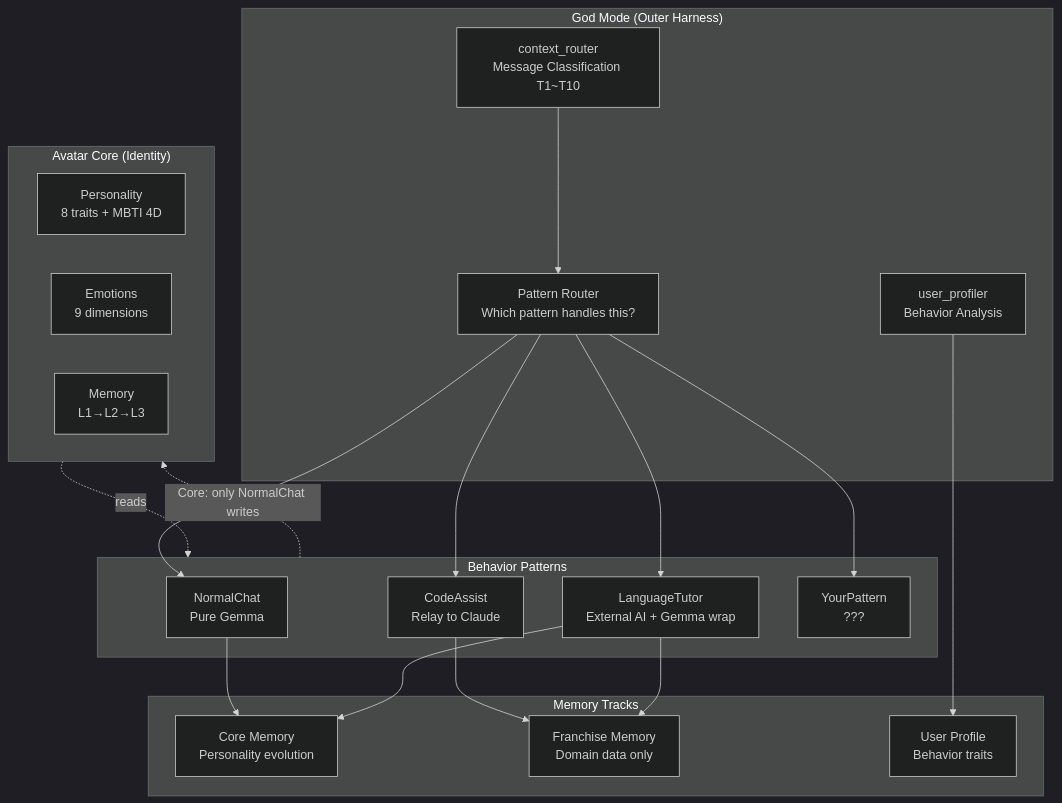
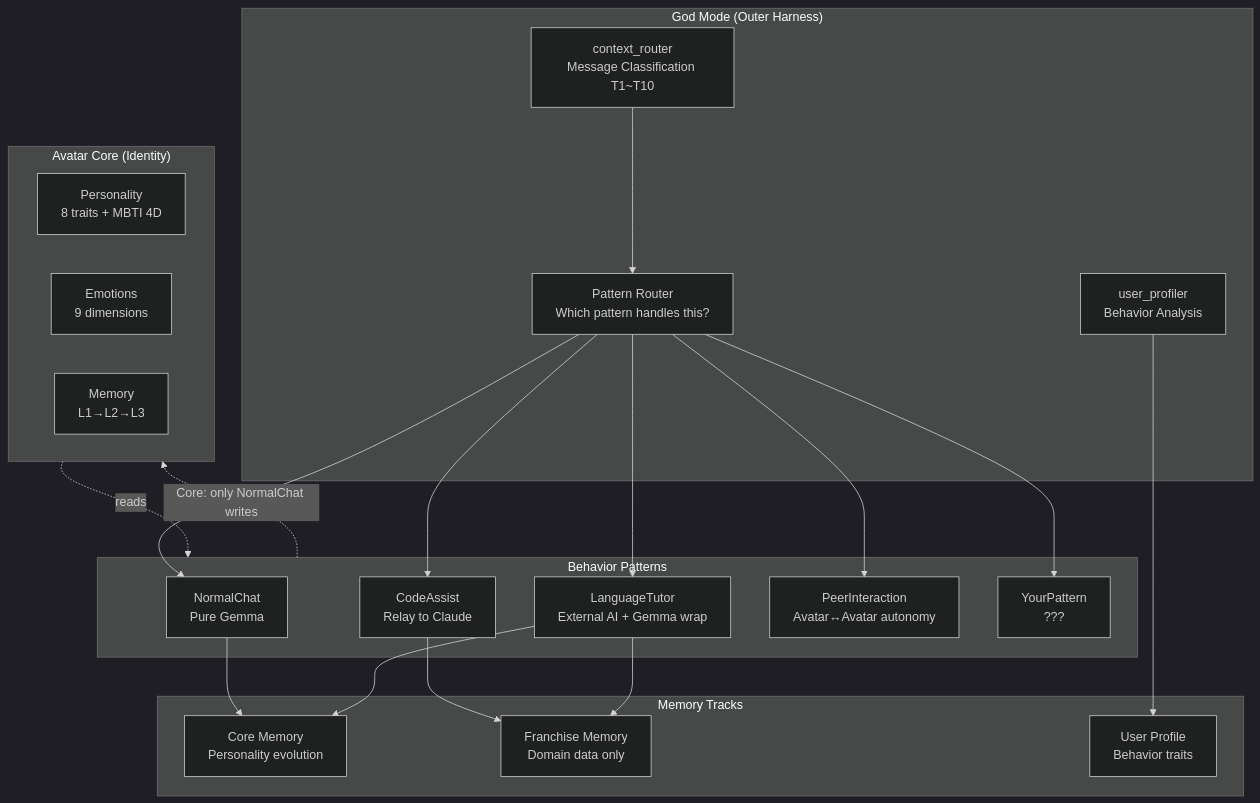
Before and after one commit to nskit-io/nvatar-sdk: the first of 2 diagrams in README.md, drawn with Mermaid (dark theme). The commit also changed other lines of this file, not shown here.

First line of the commit message:
docs: add PeerInteractionPattern + multilingual stability sections

````diff
--- a/README.md
+++ b/README.md
@@ -31,36 +31,37 @@
 ```mermaid
 graph TB
     subgraph GodMode["God Mode (Outer Harness)"]
         CR["context_router<br/>Message Classification T1~T10"]
         UP["user_profiler<br/>Behavior Analysis"]
         PR["Pattern Router<br/>Which pattern handles this?"]
     end
 
     subgraph Core["Avatar Core (Identity)"]
         P["Personality<br/>8 traits + MBTI 4D"]
         E["Emotions<br/>9 dimensions"]
         M["Memory<br/>L1→L2→L3"]
     end
 
     subgraph Patterns["Behavior Patterns"]
         NC["NormalChat<br/>Pure Gemma"]
         CA["CodeAssist<br/>Relay to Claude"]
         LT["LanguageTutor<br/>External AI + Gemma wrap"]
+        PI["PeerInteraction<br/>Avatar↔Avatar autonomy"]
         FP["YourPattern<br/>???"]
     end
 
     subgraph Memory["Memory Tracks"]
         CM["Core Memory<br/>Personality evolution"]
         FM["Franchise Memory<br/>Domain data only"]
         UPM["User Profile<br/>Behavior traits"]
     end
 
     CR --> PR
     UP --> UPM
-    PR --> NC & CA & LT & FP
+    PR --> NC & CA & LT & PI & FP
     NC --> CM
     CA --> FM
     LT --> FM & CM
     Core -.->|"reads"| Patterns
     Patterns -.->|"Core: only NormalChat writes"| Core
 ```
````
